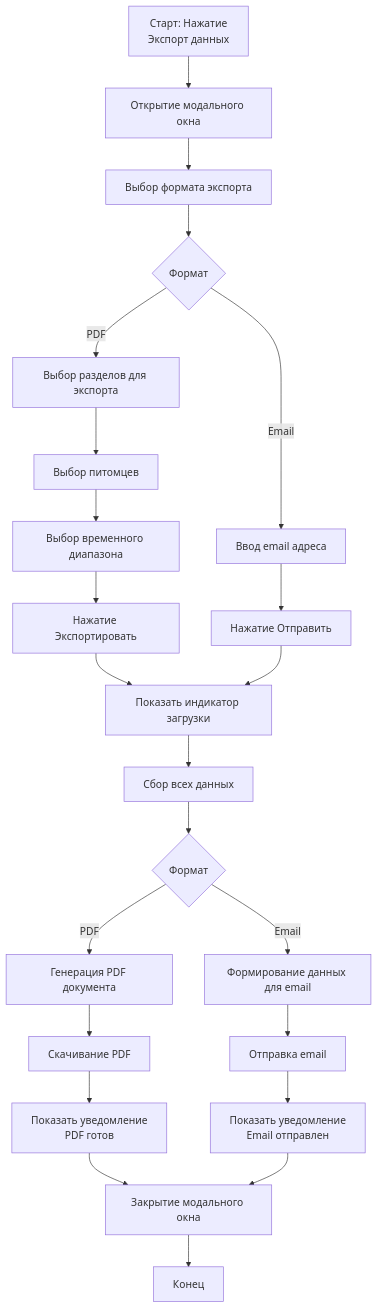
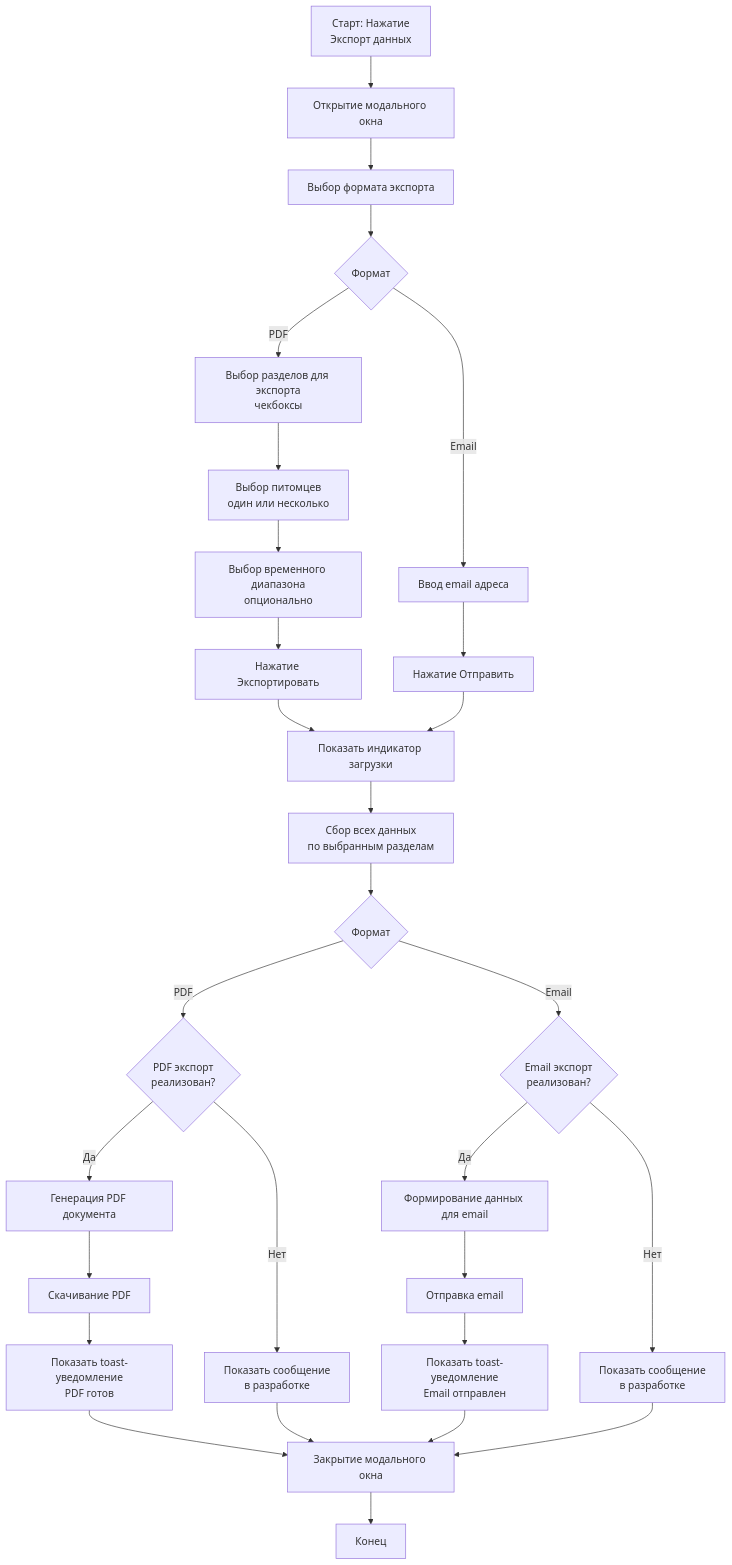
One commit to v-kuper/petHealth changed diagram 11 of 21 in FLOWCHARTS.md. Above: the diagram before and after it, drawn with Mermaid. The commit also changed other lines of this file and 1 other file, not shown here.

````diff
--- a/FLOWCHARTS.md
+++ b/FLOWCHARTS.md
@@ -336,25 +367,31 @@
 ```mermaid
 flowchart TD
     A[Старт: Нажатие<br/>Экспорт данных] --> B[Открытие модального окна]
     B --> C[Выбор формата экспорта]
     C --> D{Формат}
-    D -->|PDF| E[Выбор разделов для экспорта]
+    D -->|PDF| E[Выбор разделов для экспорта<br/>чекбоксы]
     D -->|Email| F[Ввод email адреса]
-    E --> G[Выбор питомцев]
-    G --> H[Выбор временного диапазона]
+    E --> G[Выбор питомцев<br/>один или несколько]
+    G --> H[Выбор временного диапазона<br/>опционально]
     H --> I[Нажатие Экспортировать]
     F --> J[Нажатие Отправить]
     I --> K[Показать индикатор загрузки]
     J --> K
-    K --> L[Сбор всех данных]
+    K --> L[Сбор всех данных<br/>по выбранным разделам]
     L --> M{Формат}
-    M -->|PDF| N[Генерация PDF документа]
-    M -->|Email| O[Формирование данных для email]
-    N --> P[Скачивание PDF]
-    O --> Q[Отправка email]
-    P --> R[Показать уведомление<br/>PDF готов]
-    Q --> S[Показать уведомление<br/>Email отправлен]
-    R --> T[Закрытие модального окна]
-    S --> T
-    T --> U[Конец]
+    M -->|PDF| N{PDF экспорт<br/>реализован?}
+    N -->|Да| O[Генерация PDF документа]
+    N -->|Нет| P[Показать сообщение<br/>в разработке]
+    M -->|Email| Q{Email экспорт<br/>реализован?}
+    Q -->|Да| R[Формирование данных для email]
+    Q -->|Нет| S[Показать сообщение<br/>в разработке]
+    O --> T[Скачивание PDF]
+    R --> U[Отправка email]
+    T --> V[Показать toast-уведомление<br/>PDF готов]
+    U --> W[Показать toast-уведомление<br/>Email отправлен]
+    P --> X[Закрытие модального окна]
+    S --> X
+    V --> X
+    W --> X
+    X --> Y[Конец]
 ```
````
